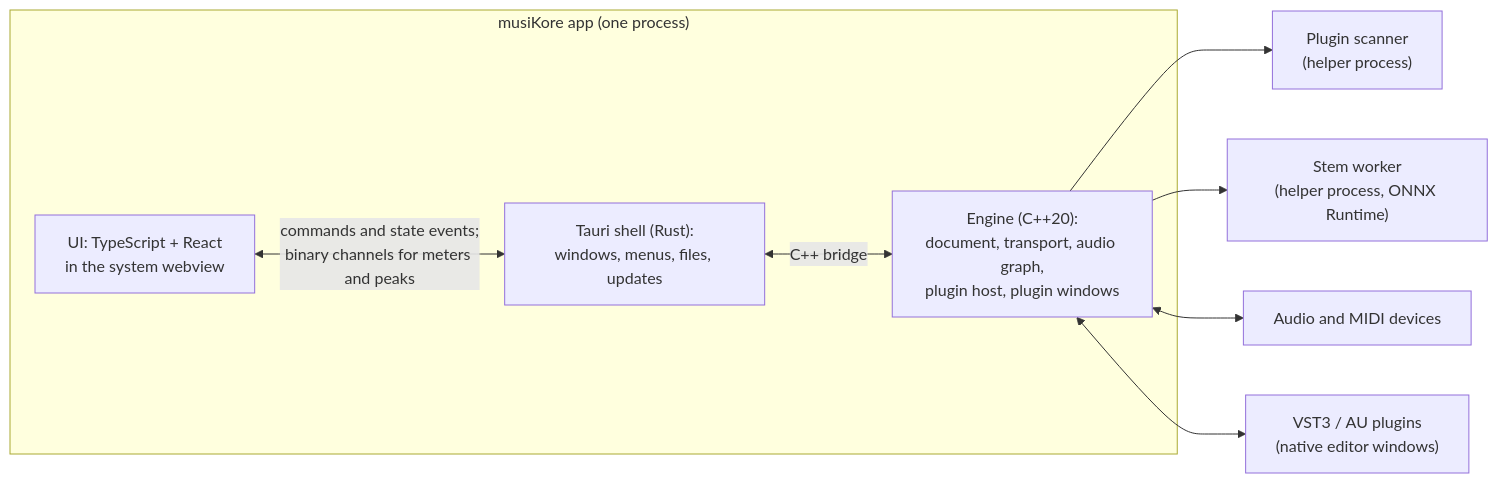
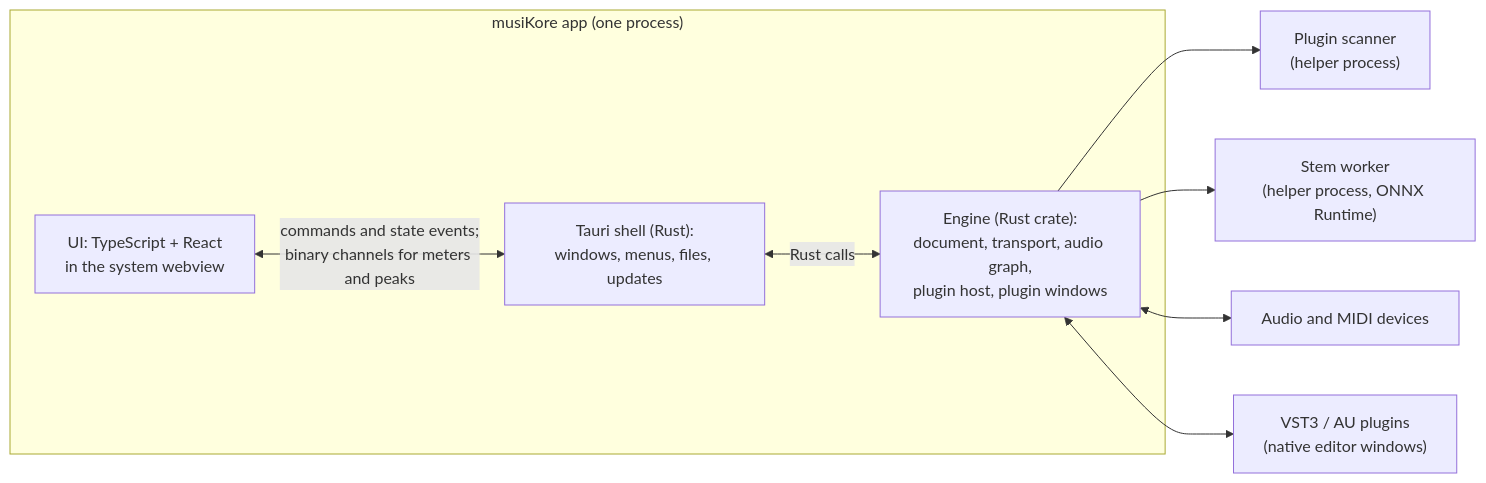
One commit to idevkore/dk-tunekore changed the diagram in docs/PLAN.md. Above: the diagram before and after it, drawn with Mermaid. The commit also changed other lines of this file and 1 other file, not shown here.

First line of the commit message:
docs: switch the plan and licence list to the Rust engine

````diff
--- a/docs/PLAN.md
+++ b/docs/PLAN.md
@@ -63,16 +88,16 @@
 ```mermaid
 flowchart LR
   subgraph App["musiKore app (one process)"]
     UI["UI: TypeScript + React<br/>in the system webview"]
     Shell["Tauri shell (Rust):<br/>windows, menus, files, updates"]
-    Engine["Engine (C++20):<br/>document, transport, audio graph,<br/>plugin host, plugin windows"]
+    Engine["Engine (Rust crate):<br/>document, transport, audio graph,<br/>plugin host, plugin windows"]
     UI <-- "commands and state events;<br/>binary channels for meters and peaks" --> Shell
-    Shell <-- "C++ bridge" --> Engine
+    Shell <-- "Rust calls" --> Engine
   end
   Scanner["Plugin scanner<br/>(helper process)"]
   Stems["Stem worker<br/>(helper process, ONNX Runtime)"]
   Engine --> Scanner
   Engine --> Stems
   Engine <--> Audio["Audio and MIDI devices"]
   Engine <--> Plugins["VST3 / AU plugins<br/>(native editor windows)"]
 ```
````
